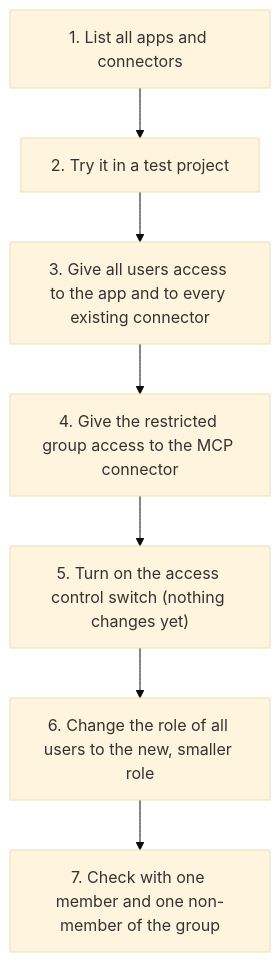
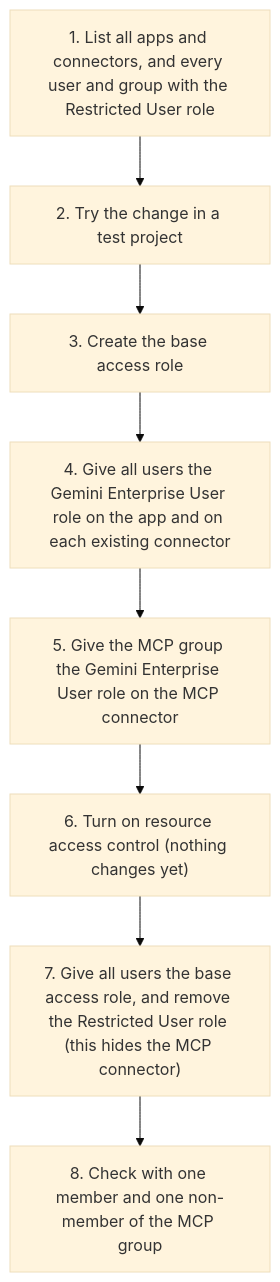
Before and after one commit to tohweizhong/agentic-demos: the fourth of 4 diagrams in ge_utils/ge_connector_iam_test/README.md, drawn with Mermaid (base theme). The commit also changed other lines of this file, not shown here.

First line of the commit message:
Make the connector IAM README clearer with key terms, tables, and diagrams

````diff
--- a/ge_utils/ge_connector_iam_test/README.md
+++ b/ge_utils/ge_connector_iam_test/README.md
@@ -89,9 +118,10 @@
 ```mermaid
 flowchart TD
-  S1["1. List all apps and connectors"] --> S2["2. Try it in a test project"]
-  S2 --> S3["3. Give all users access to the app and to every existing connector"]
-  S3 --> S4["4. Give the restricted group access to the MCP connector"]
-  S4 --> S5["5. Turn on the access control switch (nothing changes yet)"]
-  S5 --> S6["6. Change the role of all users to the new, smaller role"]
-  S6 --> S7["7. Check with one member and one non-member of the group"]
+  S1["1. List all apps and connectors, and every user and group with the Restricted User role"] --> S2["2. Try the change in a test project"]
+  S2 --> S3["3. Create the base access role"]
+  S3 --> S4["4. Give all users the Gemini Enterprise User role on the app and on each existing connector"]
+  S4 --> S5["5. Give the MCP group the Gemini Enterprise User role on the MCP connector"]
+  S5 --> S6["6. Turn on resource access control (nothing changes yet)"]
+  S6 --> S7["7. Give all users the base access role, and remove the Restricted User role (this hides the MCP connector)"]
+  S7 --> S8["8. Check with one member and one non-member of the MCP group"]
 ```
````
